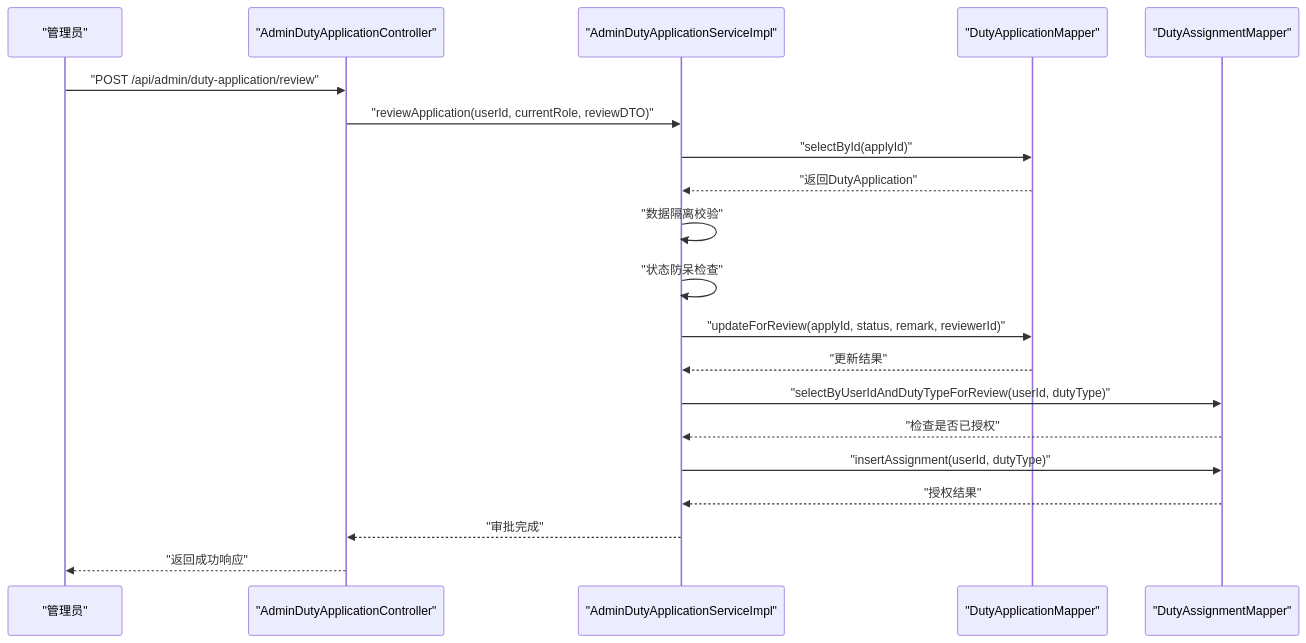
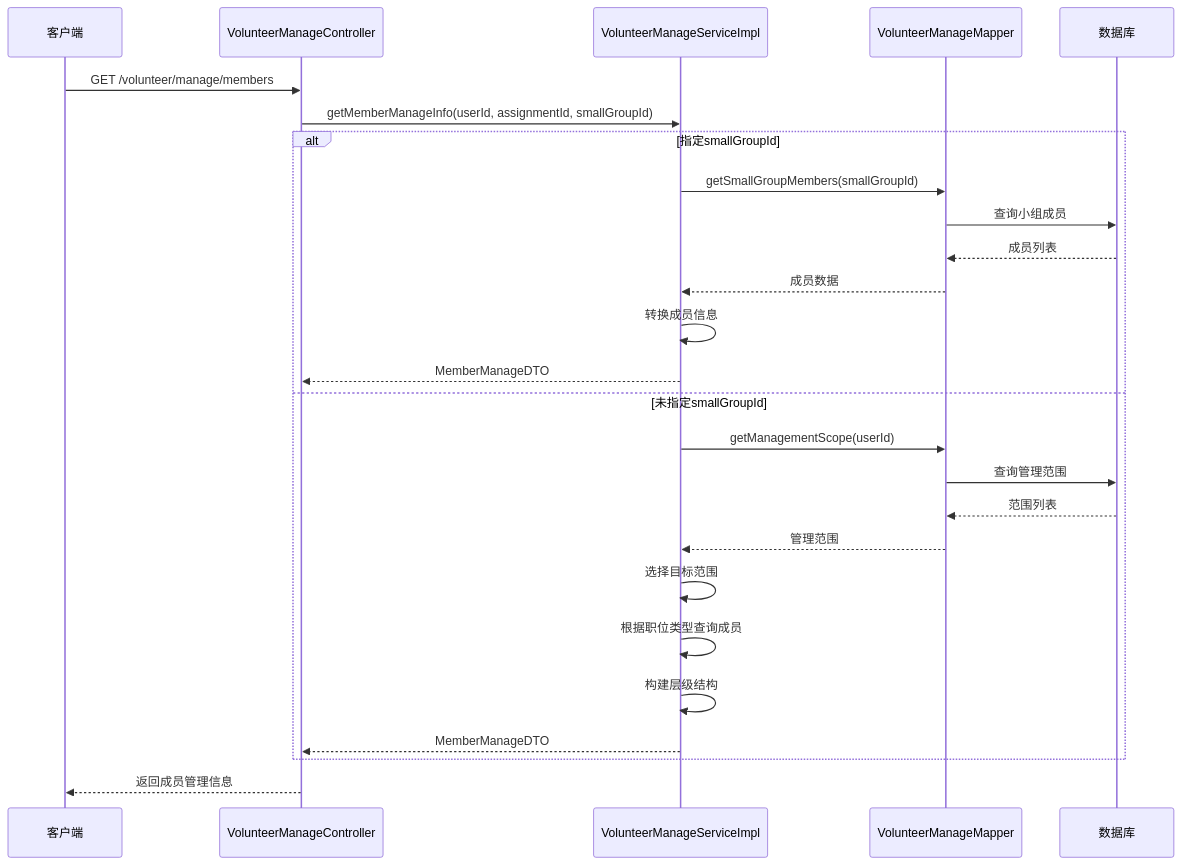
The fifth of 8 diagrams in .qoder/repowiki/zh/content/志愿者管理模块/志愿者管理模块.md (gaozihaowin/-), drawn with Mermaid before and after one commit. The commit also changed other lines of this file and 10 other files, not shown here.

````diff
--- a/.qoder/repowiki/zh/content/志愿者管理模块/志愿者管理模块.md
+++ b/.qoder/repowiki/zh/content/志愿者管理模块/志愿者管理模块.md
@@ -383,22 +248,28 @@
 ```mermaid
 sequenceDiagram
-participant Admin as "管理员"
-participant ADC as "AdminDutyApplicationController"
-participant ADSI as "AdminDutyApplicationServiceImpl"
-participant DAM as "DutyApplicationMapper"
-participant DAM2 as "DutyAssignmentMapper"
-Admin->>ADC : "POST /api/admin/duty-application/review"
-ADC->>ADSI : "reviewApplication(userId, currentRole, reviewDTO)"
-ADSI->>DAM : "selectById(applyId)"
-DAM-->>ADSI : "返回DutyApplication"
-ADSI->>ADSI : "数据隔离校验"
-ADSI->>ADSI : "状态防呆检查"
-ADSI->>DAM : "updateForReview(applyId, status, remark, reviewerId)"
-DAM-->>ADSI : "更新结果"
-ADSI->>DAM2 : "selectByUserIdAndDutyTypeForReview(userId, dutyType)"
-DAM2-->>ADSI : "检查是否已授权"
-ADSI->>DAM2 : "insertAssignment(userId, dutyType)"
-DAM2-->>ADSI : "授权结果"
-ADSI-->>ADC : "审批完成"
-ADC-->>Admin : "返回成功响应"
+participant Client as 客户端
+participant Controller as VolunteerManageController
+participant Service as VolunteerManageServiceImpl
+participant Mapper as VolunteerManageMapper
+participant DB as 数据库
+Client->>Controller : GET /volunteer/manage/members
+Controller->>Service : getMemberManageInfo(userId, assignmentId, smallGroupId)
+alt 指定smallGroupId
+Service->>Mapper : getSmallGroupMembers(smallGroupId)
+Mapper->>DB : 查询小组成员
+DB-->>Mapper : 成员列表
+Mapper-->>Service : 成员数据
+Service->>Service : 转换成员信息
+Service-->>Controller : MemberManageDTO
+else 未指定smallGroupId
+Service->>Mapper : getManagementScope(userId)
+Mapper->>DB : 查询管理范围
+DB-->>Mapper : 范围列表
+Mapper-->>Service : 管理范围
+Service->>Service : 选择目标范围
+Service->>Service : 根据职位类型查询成员
+Service->>Service : 构建层级结构
+Service-->>Controller : MemberManageDTO
+end
+Controller-->>Client : 返回成员管理信息
 ```
````
